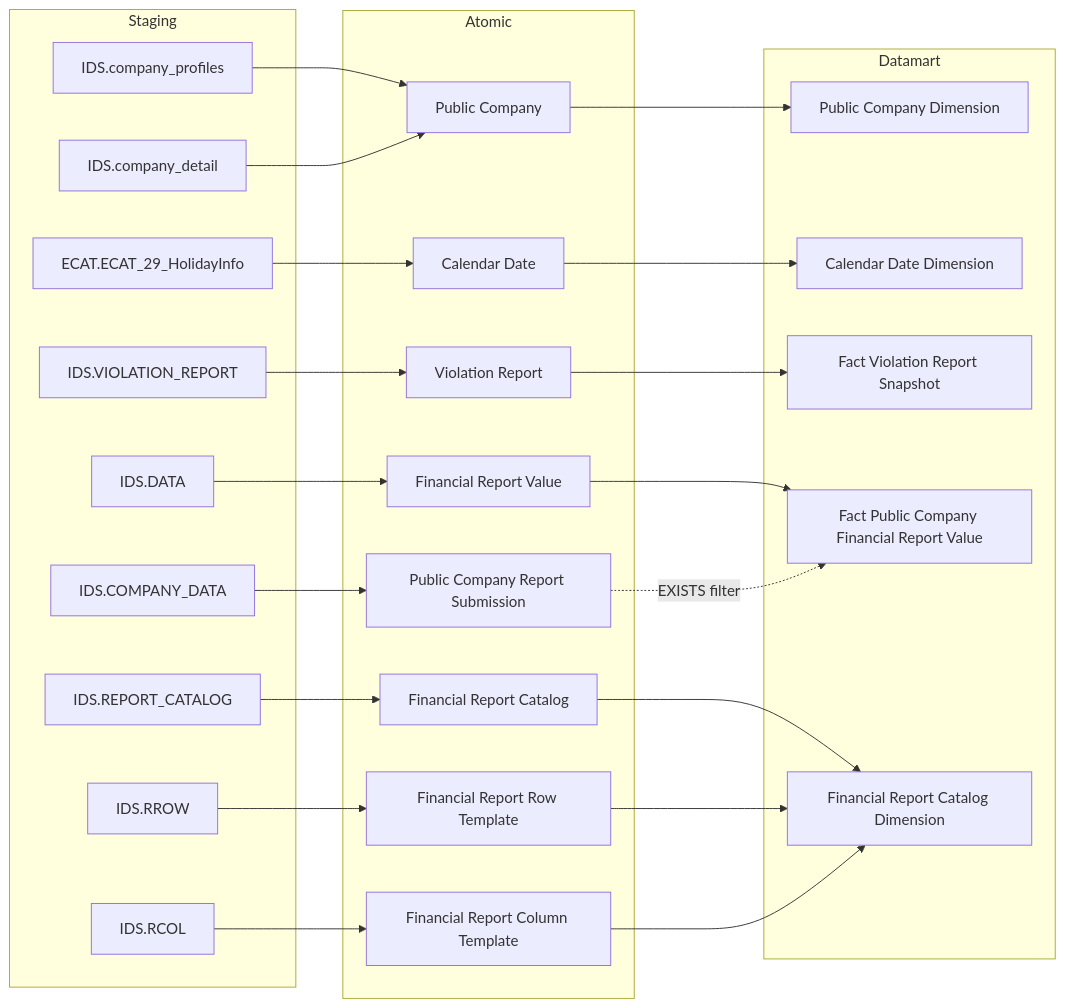
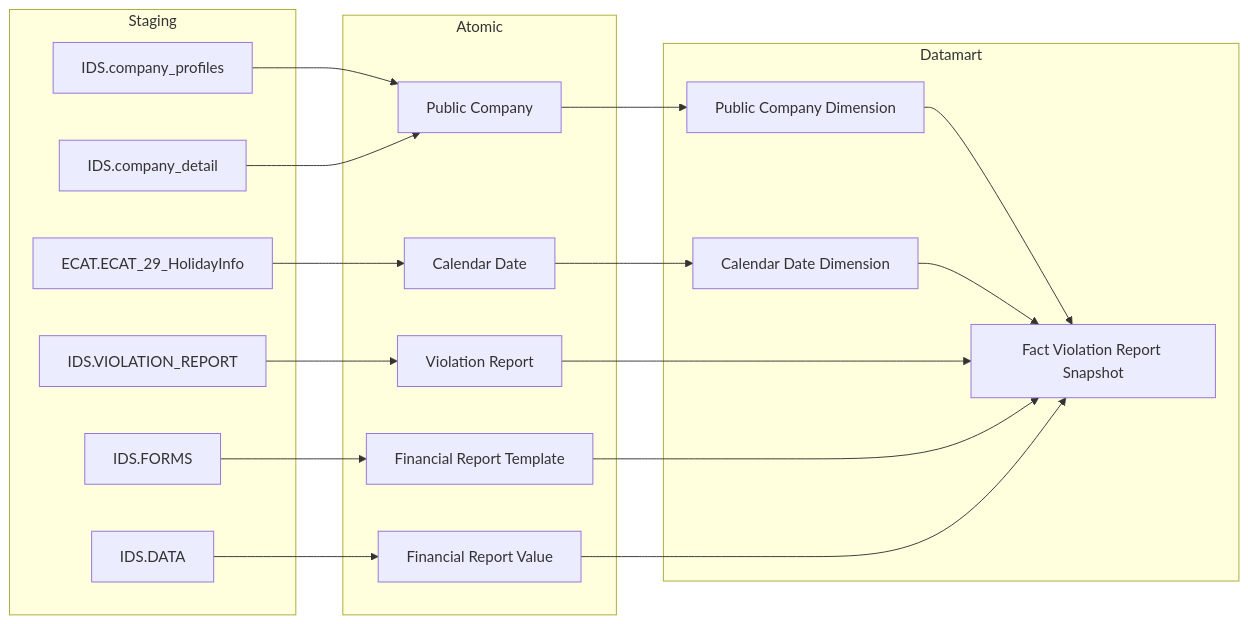
The seventh of 55 diagrams in Datamart/hld/DTM_GSDC_HLD.md (linhlvit/ubck_atomic_design), drawn with Mermaid before and after one commit. The commit also changed other lines of this file and 42 other files, not shown here.

````diff
--- a/Datamart/hld/DTM_GSDC_HLD.md
+++ b/Datamart/hld/DTM_GSDC_HLD.md
@@ -218,48 +216,36 @@
 ```mermaid
 flowchart LR
     subgraph SRC["Staging"]
         IDS_company_profiles["IDS.company_profiles"]
         IDS_company_detail["IDS.company_detail"]
         ECAT_ECAT_29_HolidayInfo["ECAT.ECAT_29_HolidayInfo"]
         IDS_VIOLATION_REPORT["IDS.VIOLATION_REPORT"]
-        IDS_DATA["IDS.DATA"]
-        IDS_REPORT_CATALOG["IDS.REPORT_CATALOG"]
-        IDS_RROW["IDS.RROW"]
-        IDS_RCOL["IDS.RCOL"]
-        IDS_COMPANY_DATA["IDS.COMPANY_DATA"]
+        IDS_FORMS["IDS.FORMS"]
+        IDS_DATA_c3["IDS.DATA"]
     end
     subgraph SIL["Atomic"]
         Public_Company["Public Company"]
         Calendar_Date["Calendar Date"]
         Violation_Report["Violation Report"]
-        Financial_Report_Value["Financial Report Value"]
-        Financial_Report_Catalog["Financial Report Catalog"]
-        Financial_Report_Row_Template["Financial Report Row Template"]
-        Financial_Report_Column_Template["Financial Report Column Template"]
-        Public_Company_Report_Submission["Public Company Report Submission"]
+        Financial_Report_Template["Financial Report Template"]
+        Financial_Report_Value_c3["Financial Report Value"]
     end
     subgraph GOLD["Datamart"]
         public_company_dim["Public Company Dimension"]
         cdr_dt_dim["Calendar Date Dimension"]
         fct_violation_rpt_snpst["Fact Violation Report Snapshot"]
-        fct_pc_fr_val["Fact Public Company Financial Report Value"]
-        financial_rpt_catalog_dim["Financial Report Catalog Dimension"]
     end
     IDS_company_profiles --> Public_Company
     IDS_company_detail --> Public_Company
     ECAT_ECAT_29_HolidayInfo --> Calendar_Date
     IDS_VIOLATION_REPORT --> Violation_Report
-    IDS_DATA --> Financial_Report_Value
-    IDS_REPORT_CATALOG --> Financial_Report_Catalog
-    IDS_RROW --> Financial_Report_Row_Template
-    IDS_RCOL --> Financial_Report_Column_Template
-    IDS_COMPANY_DATA --> Public_Company_Report_Submission
+    IDS_FORMS --> Financial_Report_Template
+    IDS_DATA_c3 --> Financial_Report_Value_c3
     Public_Company --> public_company_dim
     Calendar_Date --> cdr_dt_dim
+    public_company_dim --> fct_violation_rpt_snpst
+    cdr_dt_dim --> fct_violation_rpt_snpst
     Violation_Report --> fct_violation_rpt_snpst
-    Financial_Report_Value --> fct_pc_fr_val
-    Financial_Report_Catalog --> financial_rpt_catalog_dim
-    Financial_Report_Row_Template --> financial_rpt_catalog_dim
-    Financial_Report_Column_Template --> financial_rpt_catalog_dim
-    Public_Company_Report_Submission -.->|"EXISTS filter"| fct_pc_fr_val
+    Financial_Report_Template --> fct_violation_rpt_snpst
+    Financial_Report_Value_c3 --> fct_violation_rpt_snpst
 ```
````
